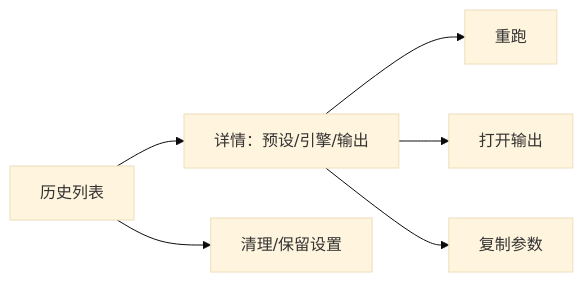
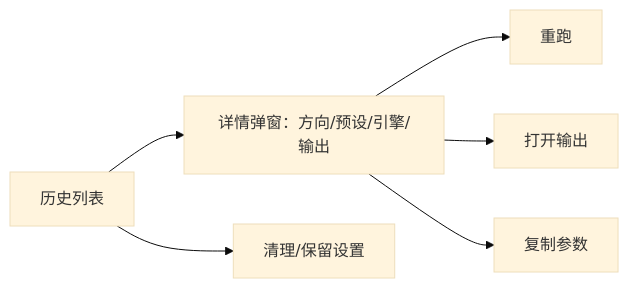
Before and after one commit to 987763485/ManoDoc: diagram 11 of 21 in docs/superpowers/软件功能设计说明.md, drawn with Mermaid (base theme). The commit also changed other lines of this file and 25 other files, not shown here.

````diff
--- a/docs/superpowers/软件功能设计说明.md
+++ b/docs/superpowers/软件功能设计说明.md
@@ -393,8 +396,8 @@
 ```mermaid
 flowchart LR
-  A["历史列表"] --> B["详情：预设/引擎/输出"]
+  A["历史列表"] --> B["详情弹窗：方向/预设/引擎/输出"]
   B --> C["重跑"]
   B --> D["打开输出"]
   B --> E["复制参数"]
   A --> F["清理/保留设置"]
 ```
````
